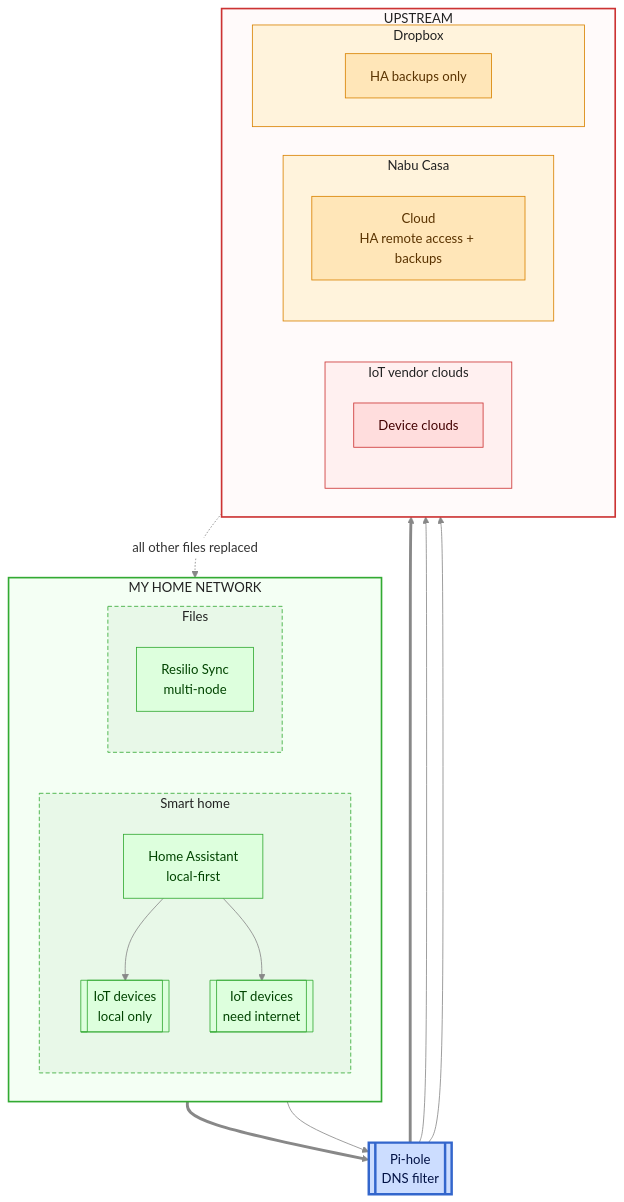
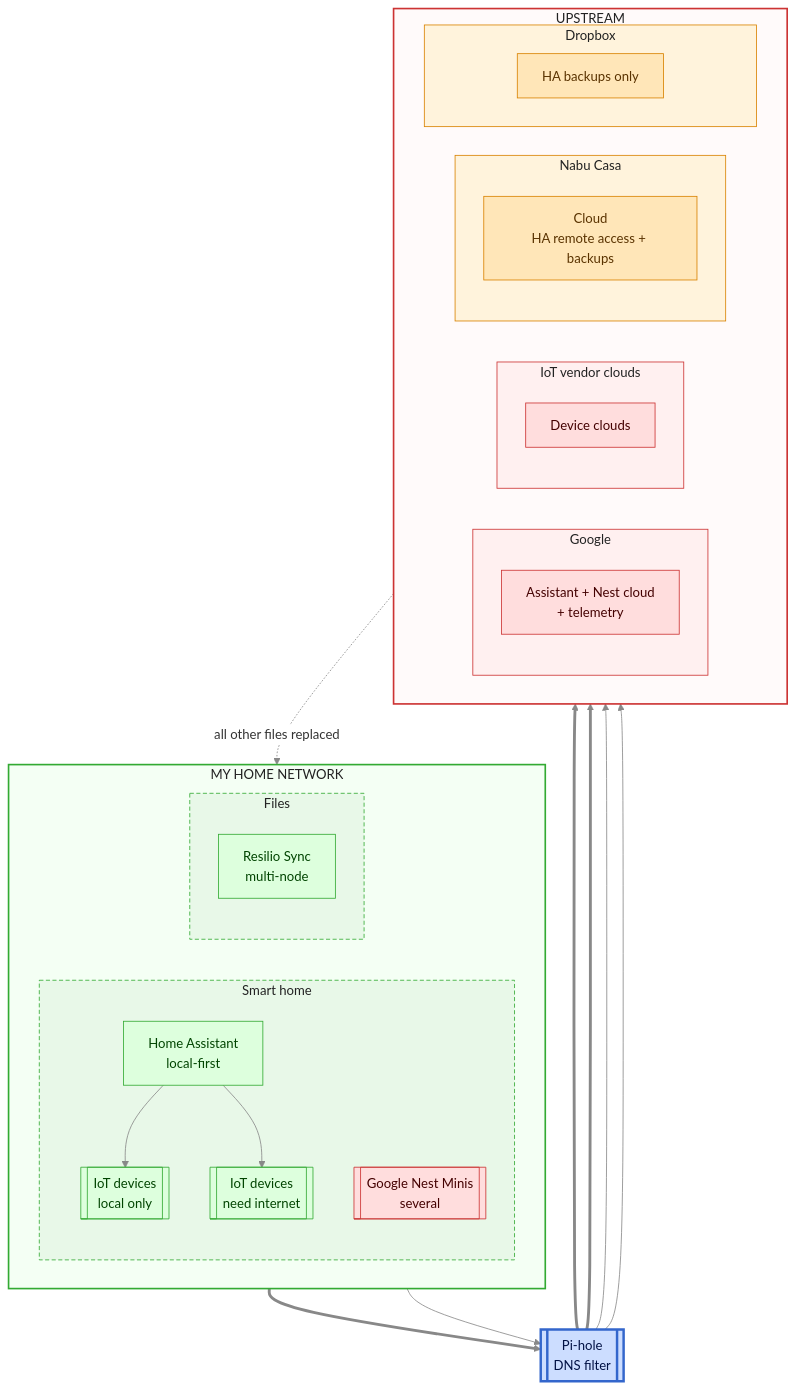
Before and after one commit to lowlydba/torch-the-tech: the third of 5 diagrams in README.md, drawn with Mermaid.

Commit message:
Add Google Nest Minis

````diff
--- a/README.md
+++ b/README.md
@@ -170,71 +170,78 @@
 ```mermaid
 ---
 config:
   theme: base
   themeVariables:
     textColor: '#222222'
     titleColor: '#222222'
     edgeLabelBackground: '#ffffff'
     lineColor: '#888888'
 ---
 flowchart TB
     subgraph home["MY HOME NETWORK"]
         direction LR
 
         subgraph h_smart["Smart home"]
             direction TB
             ha[Home Assistant<br/>local-first]
             iot_l[[IoT devices<br/>local only]]
             iot_c[[IoT devices<br/>need internet]]
             ha --> iot_l
             ha --> iot_c
+            nest[[Google Nest Minis<br/>several]]
         end
 
         subgraph h_files["Files"]
             direction TB
             resilio[Resilio Sync<br/>multi-node]
         end
     end
 
     pihole[[Pi-hole<br/>DNS filter]]
 
     subgraph out["UPSTREAM"]
         direction LR
+
+        subgraph google["Google"]
+            gcloud[Assistant + Nest cloud<br/>+ telemetry]
+        end
 
         subgraph vendors["IoT vendor clouds"]
             vcloud[Device clouds]
         end
 
         subgraph nabu["Nabu Casa"]
             nabucloud[Cloud<br/>HA remote access + backups]
         end
 
         subgraph dropbox["Dropbox"]
             dbx[HA backups only]
         end
     end
 
     h_smart ==> pihole
     h_files --> pihole
+    pihole ==> google
     pihole ==> vendors
     pihole --> nabu
     pihole --> dropbox
 
     dbx -. "all other files replaced" .-> resilio
 
     classDef big fill:#fdd,stroke:#c33,color:#400
     classDef self fill:#dfd,stroke:#3a3,color:#040
     classDef gate fill:#cdf,stroke:#36c,stroke-width:3px,color:#014
     classDef hosted fill:#ffe6b8,stroke:#d98200,color:#5a3300
-    class vcloud big
+    class vcloud,nest,gcloud big
     class nabucloud,dbx hosted
     class ha,iot_l,iot_c,resilio self
     class pihole gate
     style home fill:#f4fff4,stroke:#3a3,stroke-width:2px,color:#222
     style out fill:#fffafa,stroke:#c33,stroke-width:2px,color:#222
     style h_smart fill:#e8f8e8,stroke:#3a3,stroke-dasharray: 5 3,color:#222
     style h_files fill:#e8f8e8,stroke:#3a3,stroke-dasharray: 5 3,color:#222
     style vendors fill:#fff0f0,stroke:#c33,color:#222
+    style google fill:#fff0f0,stroke:#c33,color:#222
     style nabu fill:#fff3dc,stroke:#d98200,color:#222
     style dropbox fill:#fff3dc,stroke:#d98200,color:#222
 ```
````
